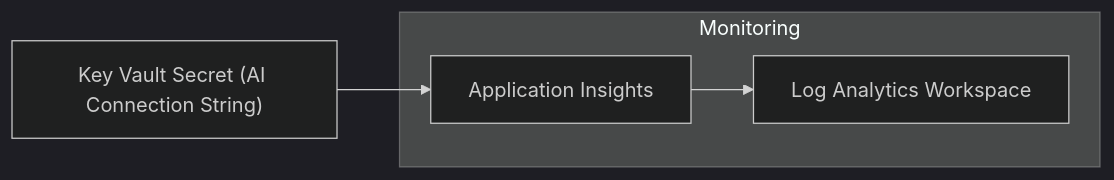
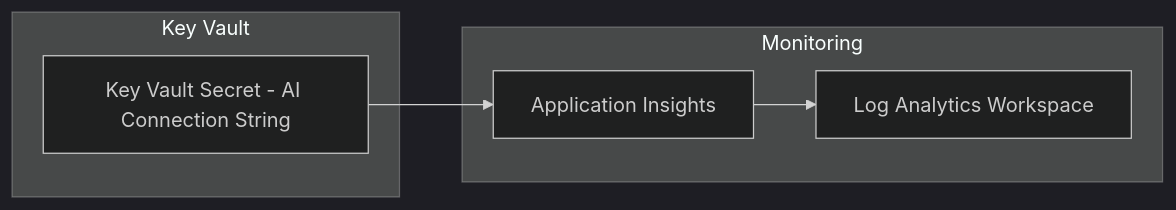
The diagram in infra/resources/_modules/application_insights/graph.md (pagopa/dx-playground), drawn with Mermaid (dark theme) before and after one commit. The commit also changed 4 other files, not shown here.

Commit message:
docs(autodocs): ✨ Update Mermaid diagrams from PR #c6b3777f843b7f55e7a6514482745aba923b01a1

````diff
--- a/infra/resources/_modules/application_insights/graph.md
+++ b/infra/resources/_modules/application_insights/graph.md
@@ -1,12 +1,14 @@
 ```mermaid
 graph LR
   subgraph Monitoring
-    AppInsights["Application Insights"]
-    LogAnalytics["Log Analytics Workspace"]
+    ApplicationInsights["Application Insights"]
+    LogAnalyticsWorkspace["Log Analytics Workspace"]
   end
 
-  KeyVaultSecret["Key Vault Secret (AI Connection String)"]
+  subgraph Key Vault
+    KeyVaultSecret["Key Vault Secret - AI Connection String"]
+  end
 
-  KeyVaultSecret --> AppInsights
-  AppInsights --> LogAnalytics
+  KeyVaultSecret --> ApplicationInsights
+  ApplicationInsights --> LogAnalyticsWorkspace
 ```
````
